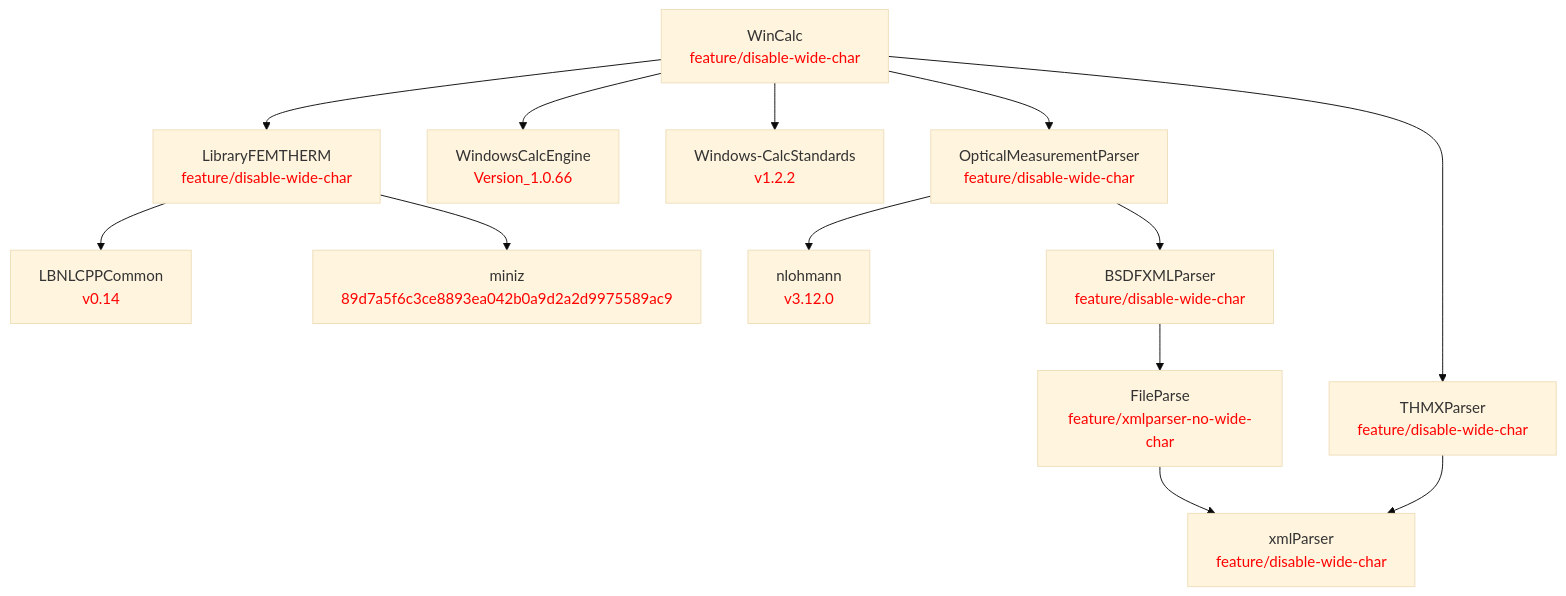
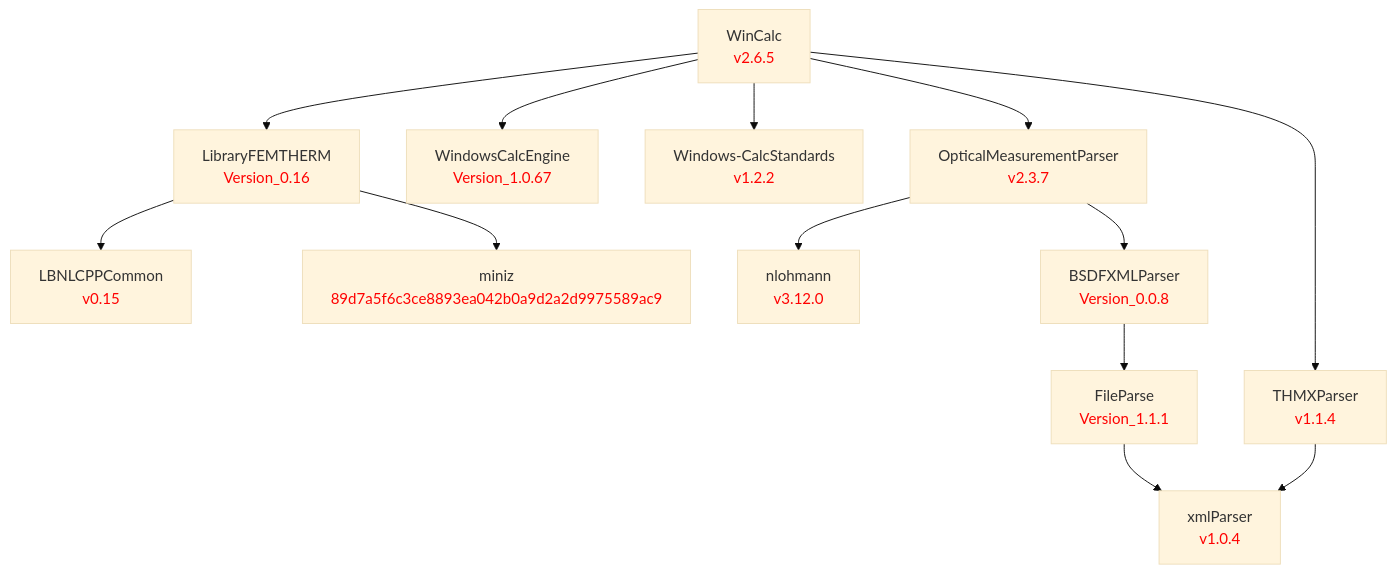
The diagram in doc/WinCalc.md (LBNL-ETA/WinCalc), drawn with Mermaid (base theme) before and after one commit. The commit also changed 1 other file, not shown here.

Commit message:
Bump version to 2.6.5, update all dependencies to release tags

````diff
--- a/doc/WinCalc.md
+++ b/doc/WinCalc.md
@@ -1,30 +1,30 @@
 ```mermaid
 graph TD
     %% Package definitions
-    LBNLCPPCommon[LBNLCPPCommon<br/><font color='red'>v0.14</font>]
-    xmlParser[xmlParser<br/><font color='red'>feature/disable-wide-char</font>]
-    FileParse[FileParse<br/><font color='red'>feature/xmlparser-no-wide-char</font>]
+    LBNLCPPCommon[LBNLCPPCommon<br/><font color='red'>v0.15</font>]
+    xmlParser[xmlParser<br/><font color='red'>v1.0.4</font>]
+    FileParse[FileParse<br/><font color='red'>Version_1.1.1</font>]
     miniz[miniz<br/><font color='red'>89d7a5f6c3ce8893ea042b0a9d2a2d9975589ac9</font>]
-    OpticalMeasurementParser[OpticalMeasurementParser<br/><font color='red'>feature/disable-wide-char</font>]
+    OpticalMeasurementParser[OpticalMeasurementParser<br/><font color='red'>v2.3.7</font>]
     nlohmann[nlohmann<br/><font color='red'>v3.12.0</font>]
-    BSDFXMLParser[BSDFXMLParser<br/><font color='red'>feature/disable-wide-char</font>]
-    THMXParser[THMXParser<br/><font color='red'>feature/disable-wide-char</font>]
-    WindowsCalcEngine[WindowsCalcEngine<br/><font color='red'>Version_1.0.66</font>]
+    BSDFXMLParser[BSDFXMLParser<br/><font color='red'>Version_0.0.8</font>]
+    THMXParser[THMXParser<br/><font color='red'>v1.1.4</font>]
+    WindowsCalcEngine[WindowsCalcEngine<br/><font color='red'>Version_1.0.67</font>]
     Windows-CalcStandards[Windows-CalcStandards<br/><font color='red'>v1.2.2</font>]
-    LibraryFEMTHERM[LibraryFEMTHERM<br/><font color='red'>feature/disable-wide-char</font>]
-    WinCalc[WinCalc<br/><font color='red'>feature/disable-wide-char</font>]
+    LibraryFEMTHERM[LibraryFEMTHERM<br/><font color='red'>Version_0.16</font>]
+    WinCalc[WinCalc<br/><font color='red'>v2.6.5</font>]
 
     %% Package relations
     WinCalc --> OpticalMeasurementParser
     OpticalMeasurementParser --> nlohmann
     OpticalMeasurementParser --> BSDFXMLParser
     FileParse --> xmlParser
     BSDFXMLParser --> FileParse
     THMXParser --> xmlParser
     WinCalc --> THMXParser
     WinCalc --> Windows-CalcStandards
     WinCalc --> WindowsCalcEngine
     LibraryFEMTHERM --> miniz
     LibraryFEMTHERM --> LBNLCPPCommon
     WinCalc --> LibraryFEMTHERM
 ```
````
